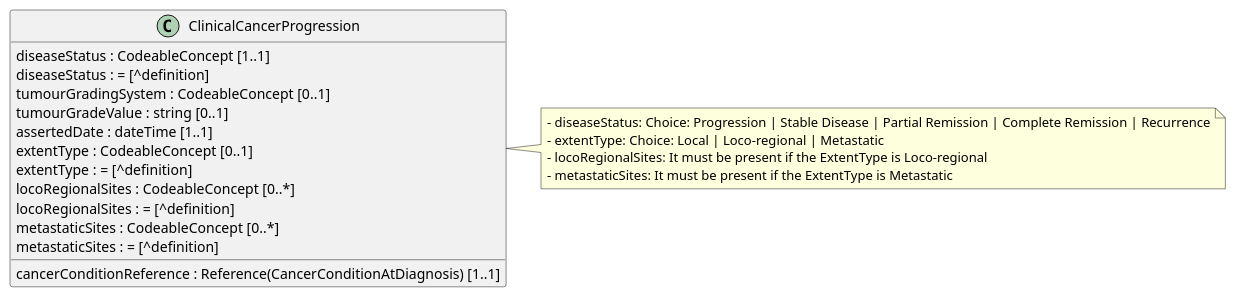
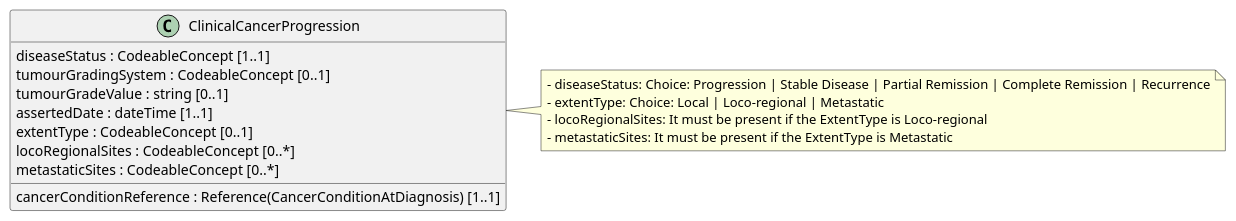
The diagram in input/images-source/ClinicalCancerProgression_LM.plantuml (hl7-eu/cancer-common), drawn with PlantUML before and after one commit. The commit also changed 9 other files, not shown here.

Commit message:
cleaned up plantuml model diagrams

```diff
--- a/input/images-source/ClinicalCancerProgression_LM.plantuml
+++ b/input/images-source/ClinicalCancerProgression_LM.plantuml
@@ -1,26 +1,22 @@
 @startuml
 hide empty members
 skinparam classAttributeIconSize 0
 
 class ClinicalCancerProgression {
   cancerConditionReference : Reference(CancerConditionAtDiagnosis) [1..1]
   diseaseStatus : CodeableConcept [1..1]
-  diseaseStatus : = [^definition]
   tumourGradingSystem : CodeableConcept [0..1]
   tumourGradeValue : string [0..1]
   assertedDate : dateTime [1..1]
   extentType : CodeableConcept [0..1]
-  extentType : = [^definition]
   locoRegionalSites : CodeableConcept [0..*]
-  locoRegionalSites : = [^definition]
   metastaticSites : CodeableConcept [0..*]
-  metastaticSites : = [^definition]
 }
 
 note right of ClinicalCancerProgression
 - diseaseStatus: Choice: Progression | Stable Disease | Partial Remission | Complete Remission | Recurrence
 - extentType: Choice: Local | Loco-regional | Metastatic
 - locoRegionalSites: It must be present if the ExtentType is Loco-regional
 - metastaticSites: It must be present if the ExtentType is Metastatic
 end note
 @enduml
```
